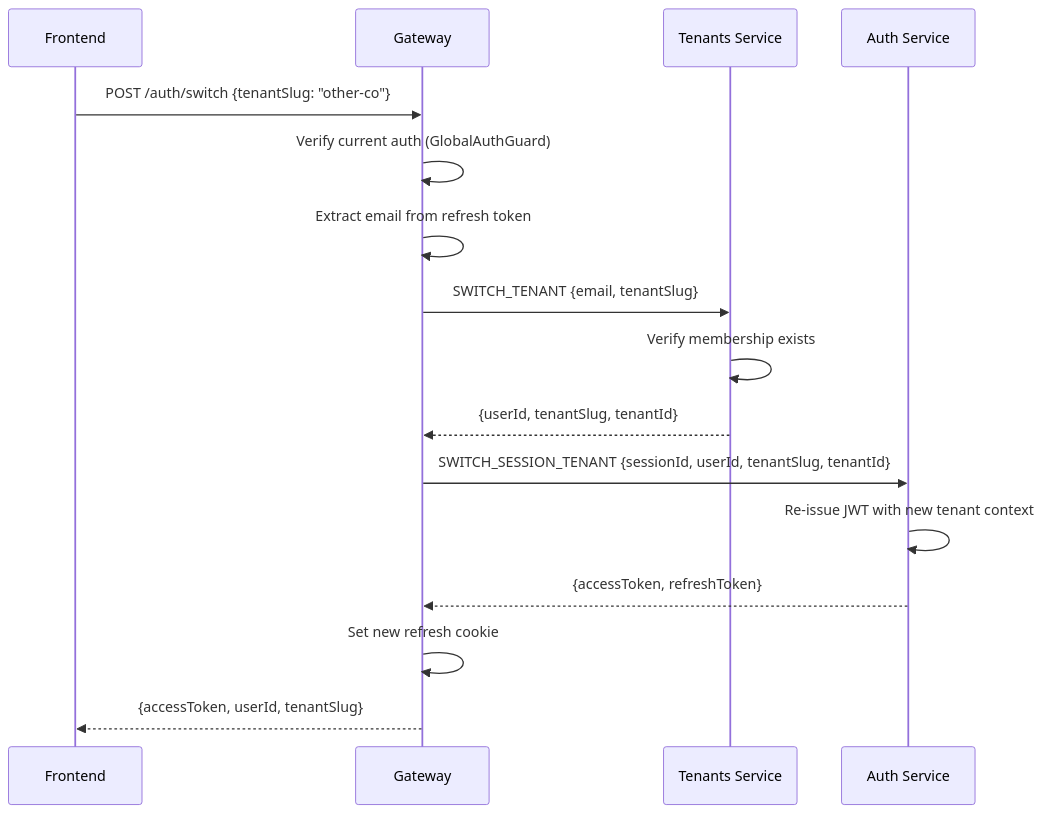
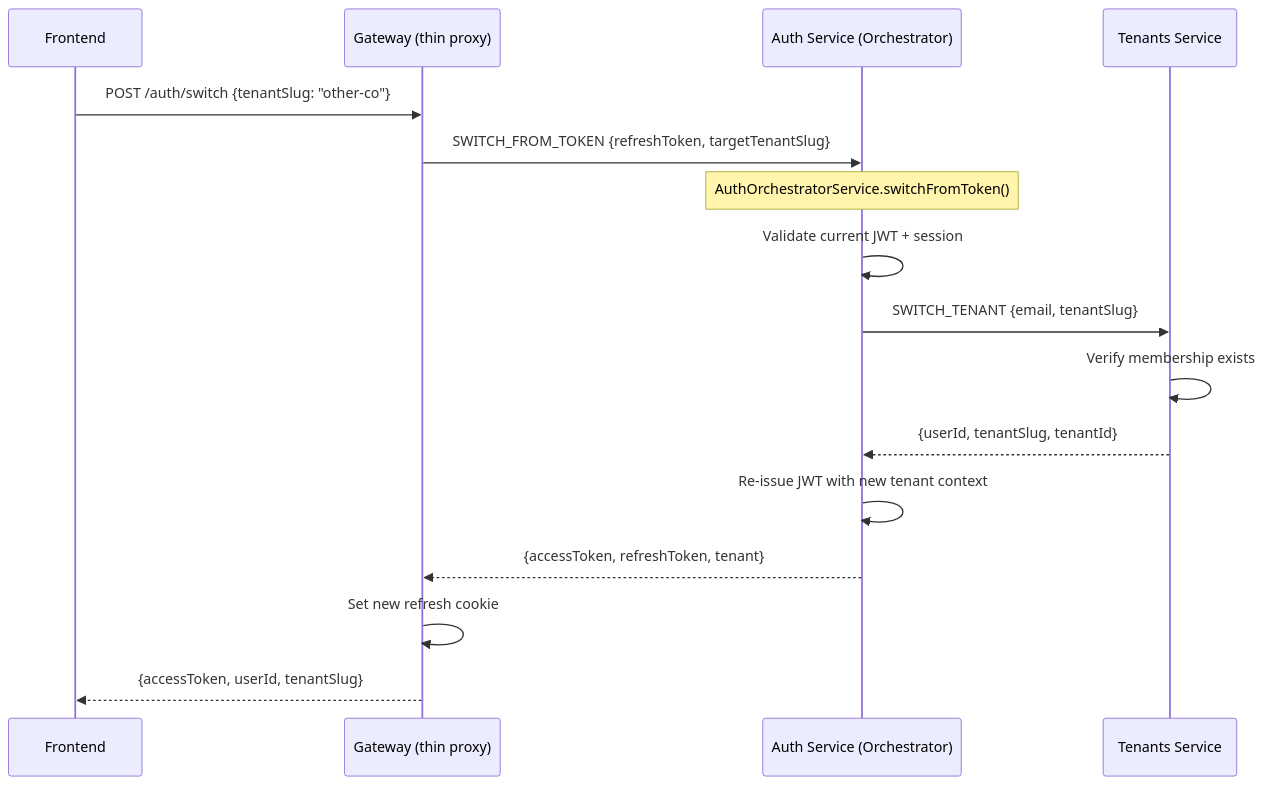
The fifth of 5 diagrams in docs/architecture/multi-tenant.md (CucuProject/cucu-docs), drawn with Mermaid before and after one commit. The commit also changed other lines of this file and 8 other files, not shown here.

First line of the commit message:
docs: update for nestjs-cls migration, JWT auth middleware, gateway refactor

````diff
--- a/docs/architecture/multi-tenant.md
+++ b/docs/architecture/multi-tenant.md
@@ -290,19 +392,21 @@
 ```mermaid
 sequenceDiagram
     participant FE as Frontend
-    participant GW as Gateway
+    participant GW as Gateway (thin proxy)
+    participant Auth as Auth Service (Orchestrator)
     participant TS as Tenants Service
-    participant Auth as Auth Service
 
     FE->>GW: POST /auth/switch {tenantSlug: "other-co"}
-    GW->>GW: Verify current auth (GlobalAuthGuard)
-    GW->>GW: Extract email from refresh token
-    GW->>TS: SWITCH_TENANT {email, tenantSlug}
+    GW->>Auth: SWITCH_FROM_TOKEN {refreshToken, targetTenantSlug}
+
+    Note over Auth: AuthOrchestratorService.switchFromToken()
+
+    Auth->>Auth: Validate current JWT + session
+    Auth->>TS: SWITCH_TENANT {email, tenantSlug}
     TS->>TS: Verify membership exists
-    TS-->>GW: {userId, tenantSlug, tenantId}
-    GW->>Auth: SWITCH_SESSION_TENANT {sessionId, userId, tenantSlug, tenantId}
+    TS-->>Auth: {userId, tenantSlug, tenantId}
     Auth->>Auth: Re-issue JWT with new tenant context
-    Auth-->>GW: {accessToken, refreshToken}
+    Auth-->>GW: {accessToken, refreshToken, tenant}
     GW->>GW: Set new refresh cookie
     GW-->>FE: {accessToken, userId, tenantSlug}
 ```
````
